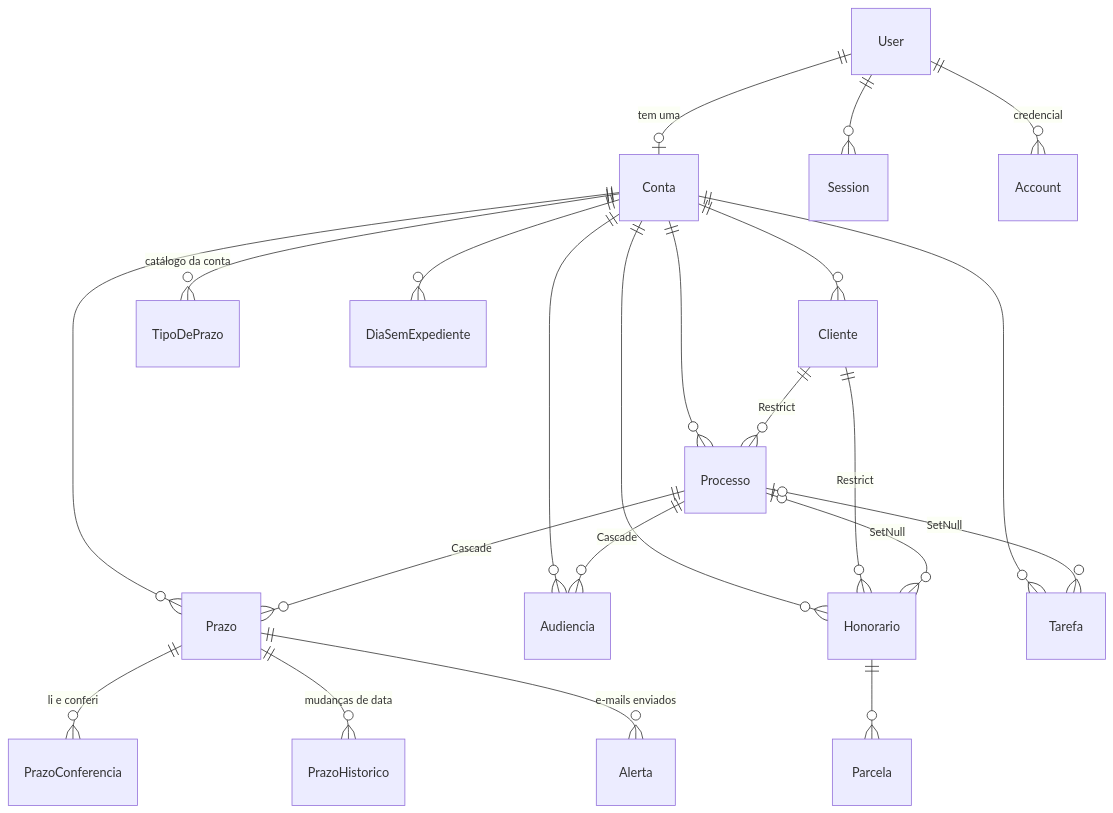
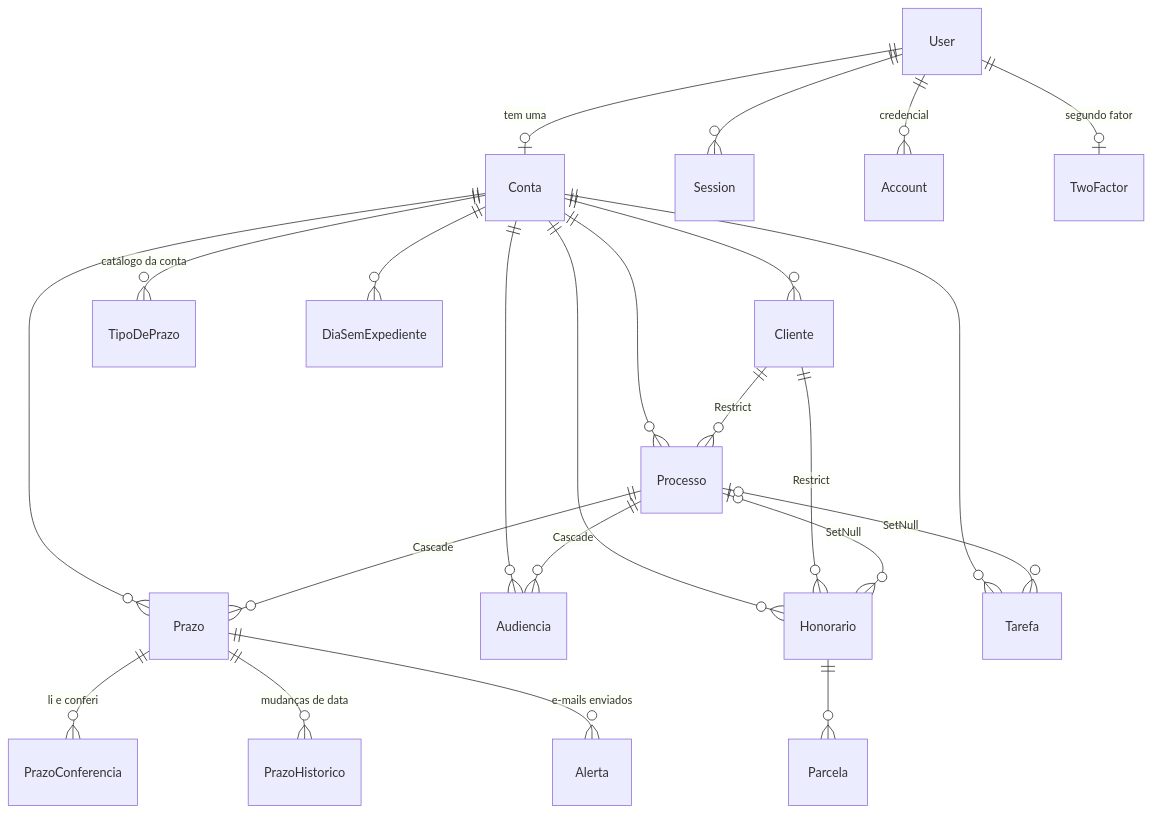
One commit to Commit-zero/tempestivo changed the diagram in docs/modelo-de-dados.md. Above: the diagram before and after it, drawn with Mermaid. The commit also changed other lines of this file and 10 other files, not shown here.

````diff
--- a/docs/modelo-de-dados.md
+++ b/docs/modelo-de-dados.md
@@ -9,24 +9,25 @@
 ```mermaid
 erDiagram
   User ||--o| Conta : "tem uma"
   User ||--o{ Session : ""
   User ||--o{ Account : "credencial"
+  User ||--o| TwoFactor : "segundo fator"
   Conta ||--o{ Cliente : ""
   Conta ||--o{ Processo : ""
   Conta ||--o{ Prazo : ""
   Conta ||--o{ TipoDePrazo : "catálogo da conta"
   Conta ||--o{ DiaSemExpediente : ""
   Conta ||--o{ Audiencia : ""
   Conta ||--o{ Honorario : ""
   Conta ||--o{ Tarefa : ""
   Cliente ||--o{ Processo : "Restrict"
   Cliente ||--o{ Honorario : "Restrict"
   Processo ||--o{ Prazo : "Cascade"
   Processo ||--o{ Audiencia : "Cascade"
   Processo |o--o{ Honorario : "SetNull"
   Processo |o--o{ Tarefa : "SetNull"
   Prazo ||--o{ PrazoConferencia : "li e conferi"
   Prazo ||--o{ PrazoHistorico : "mudanças de data"
   Prazo ||--o{ Alerta : "e-mails enviados"
   Honorario ||--o{ Parcela : ""
 ```
````
